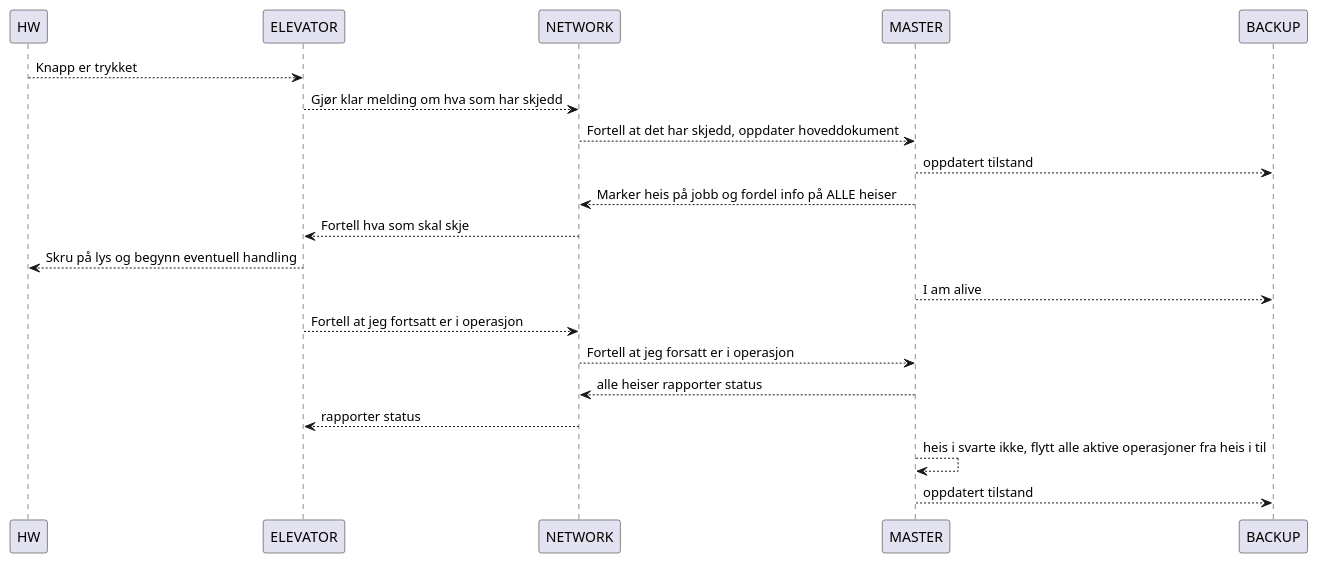
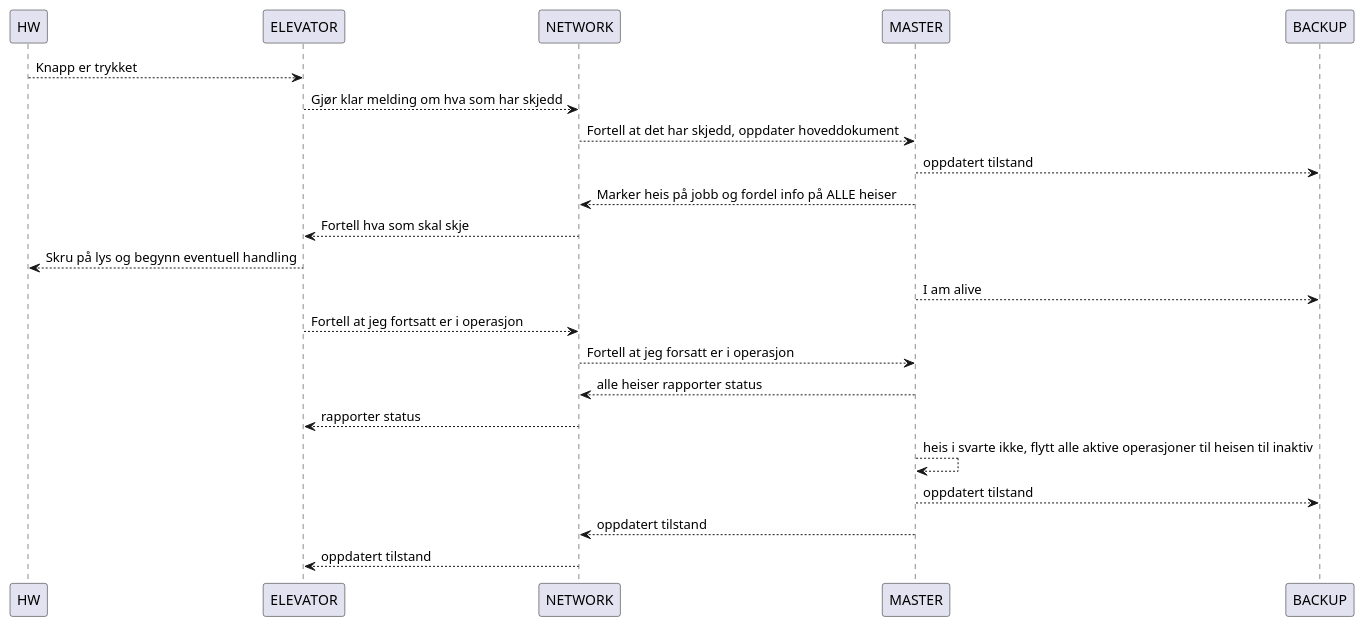
The diagram in Design/faultyelevatorsekvens.plantuml (eivindhstray/Sanntid), drawn with PlantUML before and after one commit. The commit also changed 3 other files, not shown here.

```diff
--- a/Design/faultyelevatorsekvens.plantuml
+++ b/Design/faultyelevatorsekvens.plantuml
@@ -1,18 +1,19 @@
 @startuml
 
 HW --> ELEVATOR : Knapp er trykket
 ELEVATOR --> NETWORK : Gjør klar melding om hva som har skjedd
 NETWORK --> MASTER : Fortell at det har skjedd, oppdater hoveddokument
 MASTER --> BACKUP : oppdatert tilstand
 MASTER --> NETWORK : Marker heis på jobb og fordel info på ALLE heiser
 NETWORK --> ELEVATOR : Fortell hva som skal skje
 ELEVATOR --> HW : Skru på lys og begynn eventuell handling
 MASTER -->BACKUP : I am alive
 ELEVATOR --> NETWORK : Fortell at jeg fortsatt er i operasjon
 NETWORK --> MASTER : Fortell at jeg forsatt er i operasjon
 MASTER --> NETWORK : alle heiser rapporter status
 NETWORK --> ELEVATOR : rapporter status
-MASTER --> MASTER : heis i svarte ikke, flytt alle aktive operasjoner fra heis i til
+MASTER --> MASTER : heis i svarte ikke, flytt alle aktive operasjoner til heisen til inaktiv
 MASTER --> BACKUP : oppdatert tilstand
-
+MASTER --> NETWORK : oppdatert tilstand
+NETWORK --> ELEVATOR : oppdatert tilstand
 @enduml
```
